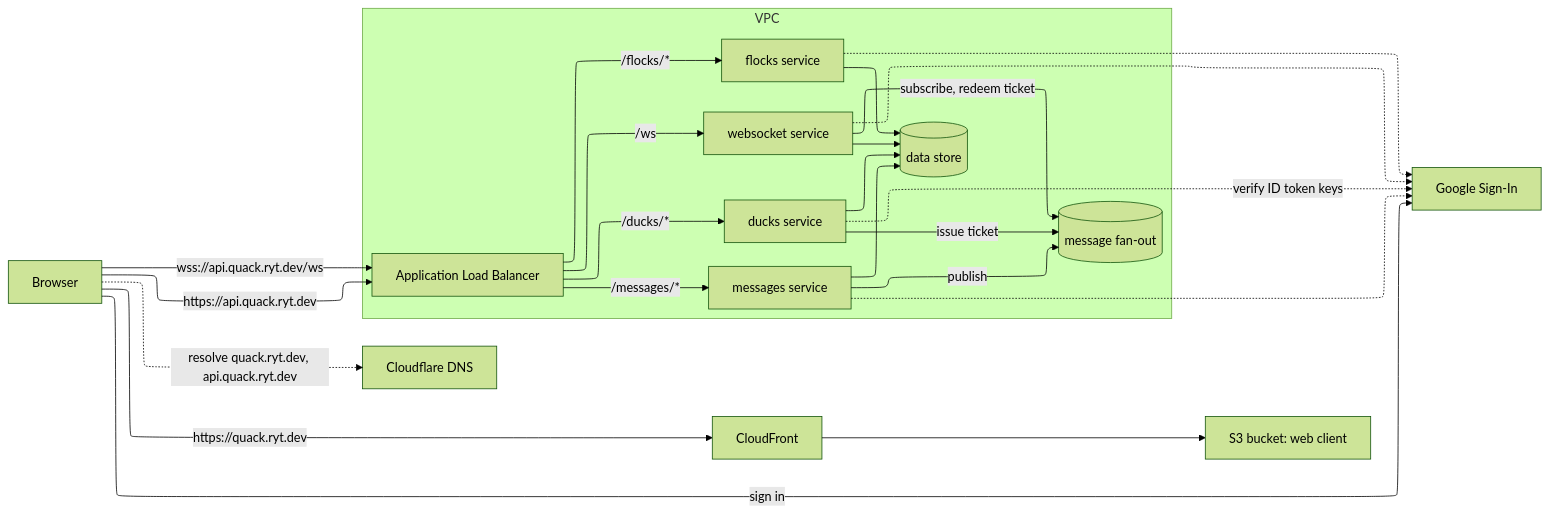
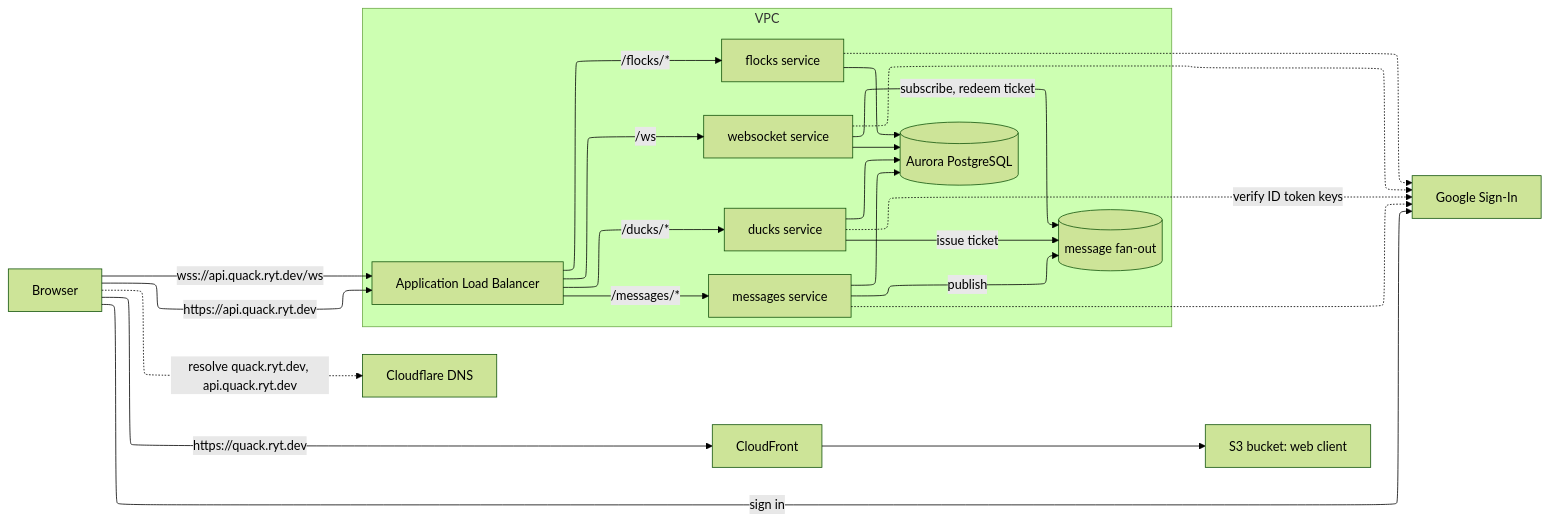
One commit to fractionalJoe/quack changed the diagram in docs/design/architecture.md. Above: the diagram before and after it, drawn with Mermaid. The commit also changed other lines of this file and 4 other files, not shown here.

Commit message:
decided on data store and updated decisions

````diff
--- a/docs/design/architecture.md
+++ b/docs/design/architecture.md
@@ -7,34 +7,34 @@
 ```mermaid
 ---
 config:
   theme: forest
   layout: elk
 ---
 flowchart LR
     Browser -.->|"resolve quack.ryt.dev, api.quack.ryt.dev"| CFDNS["Cloudflare DNS"]
     Browser -->|"sign in"| Google["Google Sign-In"]
     Browser -->|"https://quack.ryt.dev"| CF["CloudFront"] --> S3["S3 bucket: web client"]
     Browser -->|"https://api.quack.ryt.dev"| ALB["Application Load Balancer"]
     Browser -->|"wss://api.quack.ryt.dev/ws"| ALB
 
     subgraph VPC
         ALB -->|"/ducks/*"| Ducks["ducks service"]
         ALB -->|"/flocks/*"| Flocks["flocks service"]
         ALB -->|"/messages/*"| Messages["messages service"]
         ALB -->|"/ws"| WS["websocket service"]
 
-        Ducks --> DS[("data store")]
+        Ducks --> DS[("Aurora PostgreSQL")]
         Flocks --> DS
         Messages --> DS
         WS --> DS
 
         Ducks -->|"issue ticket"| Fanout[("message fan-out")]
         Messages -->|"publish"| Fanout
         WS -->|"subscribe, redeem ticket"| Fanout
     end
 
     Ducks -.->|"verify ID token keys"| Google
     Flocks -.-> Google
     Messages -.-> Google
     WS -.-> Google
 ```
````
